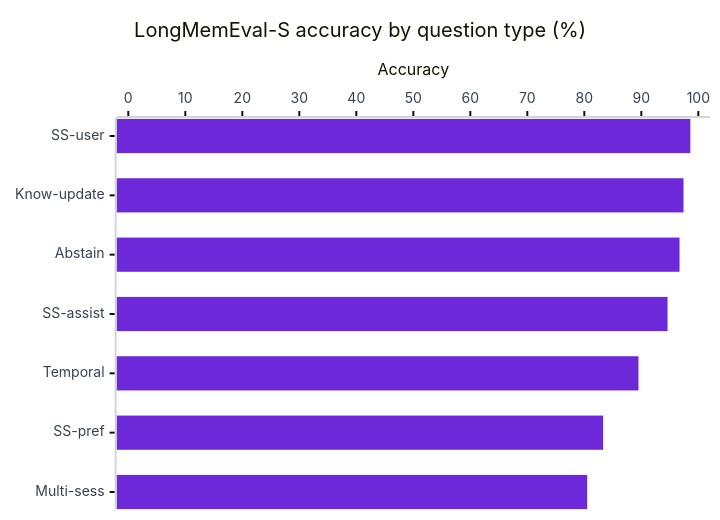
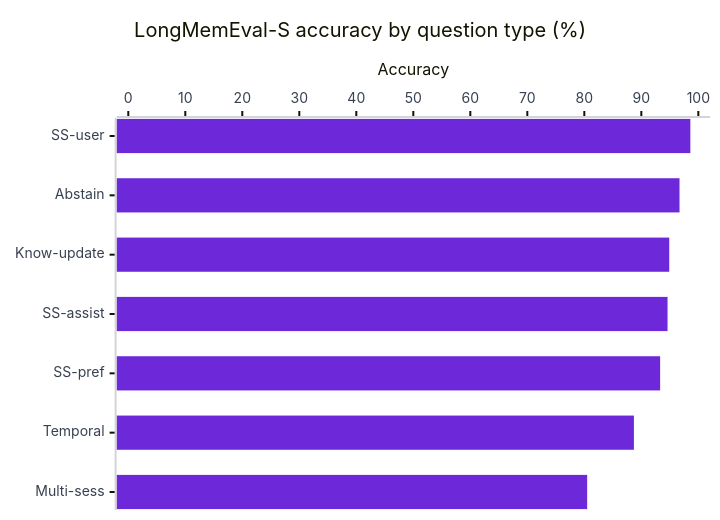
The first of 4 diagrams in docs/benchmarks.md (ahammadnafiz/engram), drawn with Mermaid before and after one commit. The commit also changed other lines of this file and 21 other files, not shown here.

First line of the commit message:
docs(benchmark): publish 2026-06-21 runs + dark diagram set

````diff
--- a/docs/benchmarks.md
+++ b/docs/benchmarks.md
@@ -41,19 +43,19 @@
 ```mermaid
 ---
 config:
   theme: base
   themeVariables:
     xyChart:
       backgroundColor: "transparent"
       plotColorPalette: "#6d28d9"
       xAxisLabelColor: "#374151"
       yAxisLabelColor: "#374151"
       xAxisLineColor: "#d1d5db"
       yAxisLineColor: "#d1d5db"
 ---
 xychart-beta horizontal
     title "LongMemEval-S accuracy by question type (%)"
-    x-axis ["SS-user", "Know-update", "Abstain", "SS-assist", "Temporal", "SS-pref", "Multi-sess"]
+    x-axis ["SS-user", "Abstain", "Know-update", "SS-assist", "SS-pref", "Temporal", "Multi-sess"]
     y-axis "Accuracy" 0 --> 100
-    bar [98.6, 97.4, 96.7, 94.6, 89.5, 83.3, 80.5]
+    bar [98.6, 96.7, 94.9, 94.6, 93.3, 88.7, 80.5]
 ```
````
